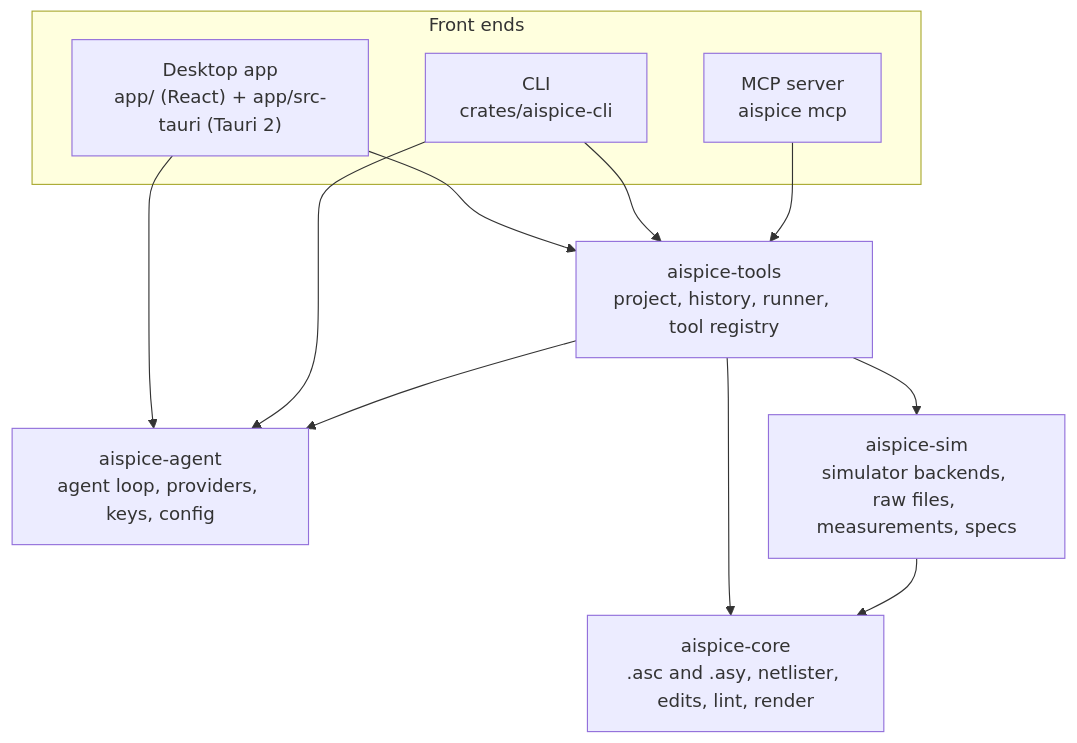
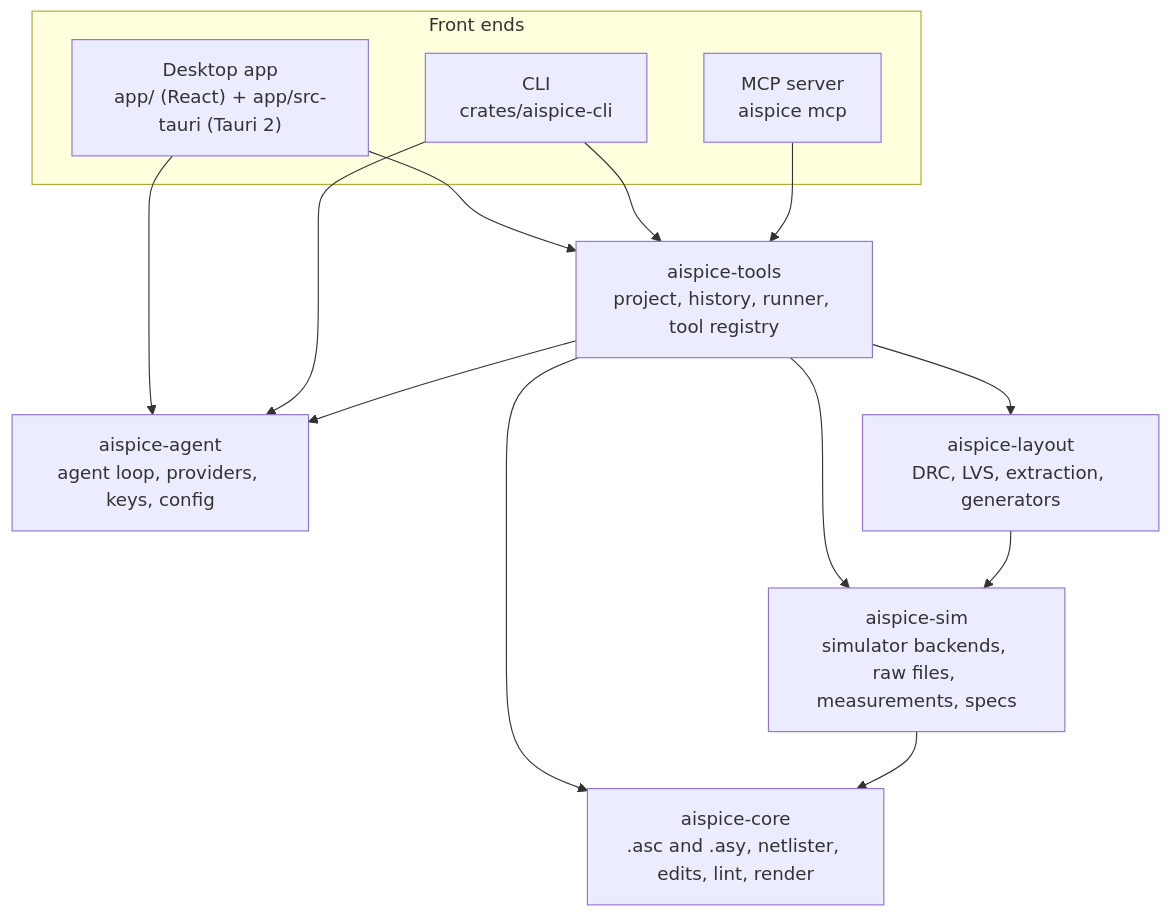
One commit to danieltyukov/aispice changed the diagram in docs/ARCHITECTURE.md. Above: the diagram before and after it, drawn with Mermaid. The commit also changed other lines of this file and 58 other files, not shown here.

First line of the commit message:
Analog layout on IHP SG13G2: generators, DRC, LVS, extraction and post-layout specs (#38)

````diff
--- a/docs/ARCHITECTURE.md
+++ b/docs/ARCHITECTURE.md
@@ -5,21 +5,24 @@
 ```mermaid
 flowchart TB
   subgraph Front ends
     app["Desktop app<br/>app/ (React) + app/src-tauri (Tauri 2)"]
     cli["CLI<br/>crates/aispice-cli"]
     mcp["MCP server<br/>aispice mcp"]
   end
   tools["aispice-tools<br/>project, history, runner, tool registry"]
   agent["aispice-agent<br/>agent loop, providers, keys, config"]
   sim["aispice-sim<br/>simulator backends, raw files, measurements, specs"]
+  layout["aispice-layout<br/>DRC, LVS, extraction, generators"]
   core["aispice-core<br/>.asc and .asy, netlister, edits, lint, render"]
   app --> tools
   cli --> tools
   mcp --> tools
   app --> agent
   cli --> agent
   tools --> agent
   tools --> sim
+  tools --> layout
   tools --> core
+  layout --> sim
   sim --> core
 ```
````
